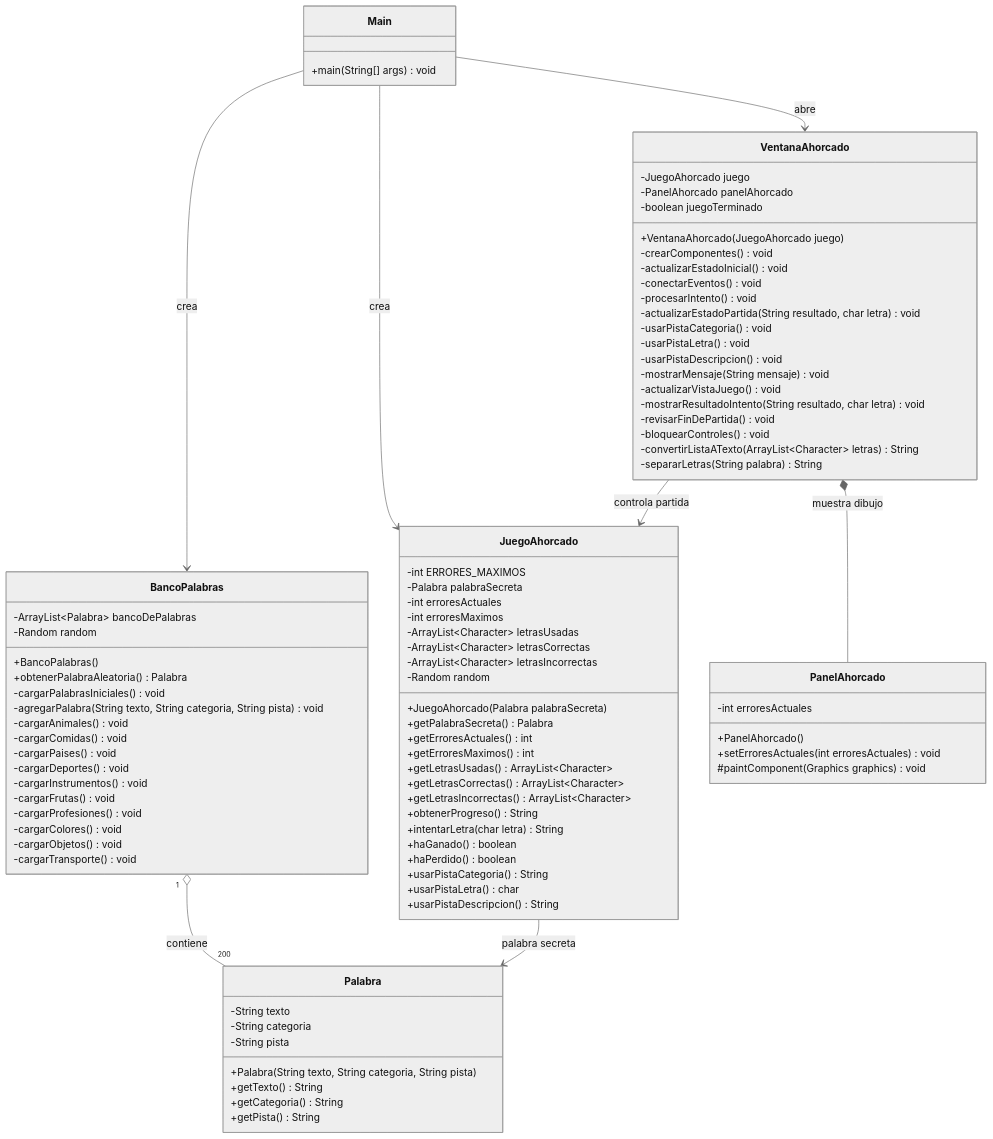
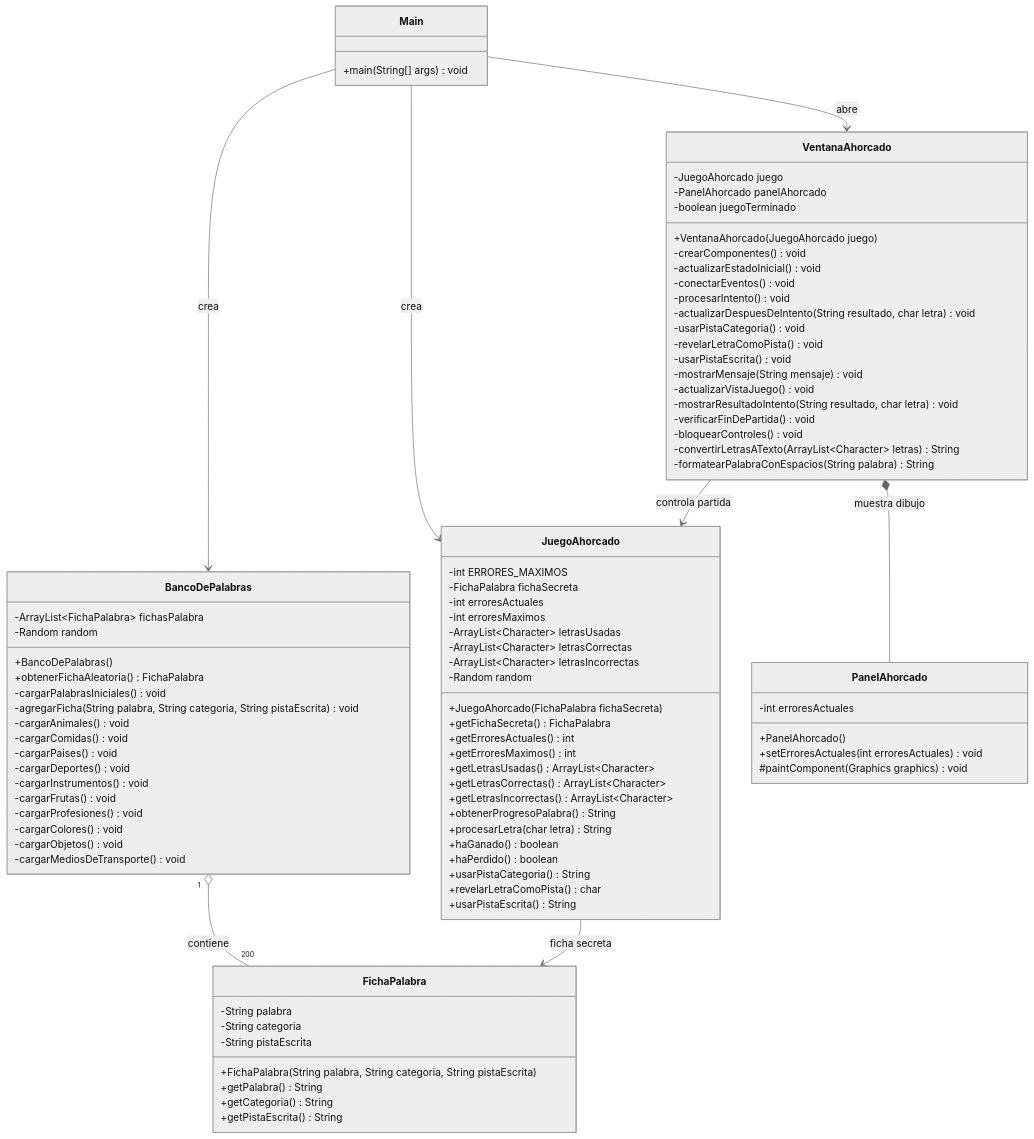
One commit to Edwd3v/AhorcadoJavaSwing changed the diagram in docs/DiagramaClasesRaw.mmd. Above: the diagram before and after it, drawn with Mermaid (neutral theme). The commit also changed 12 other files, not shown here.

```diff
--- a/docs/DiagramaClasesRaw.mmd
+++ b/docs/DiagramaClasesRaw.mmd
@@ -1,95 +1,95 @@
 classDiagram
     class Main {
         +main(String[] args) void
     }
 
-    class Palabra {
-        -String texto
+    class FichaPalabra {
+        -String palabra
         -String categoria
-        -String pista
-        +Palabra(String texto, String categoria, String pista)
-        +getTexto() String
+        -String pistaEscrita
+        +FichaPalabra(String palabra, String categoria, String pistaEscrita)
+        +getPalabra() String
         +getCategoria() String
-        +getPista() String
+        +getPistaEscrita() String
     }
 
-    class BancoPalabras {
-        -ArrayList~Palabra~ bancoDePalabras
+    class BancoDePalabras {
+        -ArrayList~FichaPalabra~ fichasPalabra
         -Random random
-        +BancoPalabras()
-        +obtenerPalabraAleatoria() Palabra
+        +BancoDePalabras()
+        +obtenerFichaAleatoria() FichaPalabra
         -cargarPalabrasIniciales() void
-        -agregarPalabra(String texto, String categoria, String pista) void
+        -agregarFicha(String palabra, String categoria, String pistaEscrita) void
         -cargarAnimales() void
         -cargarComidas() void
         -cargarPaises() void
         -cargarDeportes() void
         -cargarInstrumentos() void
         -cargarFrutas() void
         -cargarProfesiones() void
         -cargarColores() void
         -cargarObjetos() void
-        -cargarTransporte() void
+        -cargarMediosDeTransporte() void
     }
 
     class JuegoAhorcado {
         -int ERRORES_MAXIMOS
-        -Palabra palabraSecreta
+        -FichaPalabra fichaSecreta
         -int erroresActuales
         -int erroresMaximos
         -ArrayList~Character~ letrasUsadas
         -ArrayList~Character~ letrasCorrectas
         -ArrayList~Character~ letrasIncorrectas
         -Random random
-        +JuegoAhorcado(Palabra palabraSecreta)
-        +getPalabraSecreta() Palabra
+        +JuegoAhorcado(FichaPalabra fichaSecreta)
+        +getFichaSecreta() FichaPalabra
         +getErroresActuales() int
         +getErroresMaximos() int
         +getLetrasUsadas() ArrayList~Character~
         +getLetrasCorrectas() ArrayList~Character~
         +getLetrasIncorrectas() ArrayList~Character~
-        +obtenerProgreso() String
-        +intentarLetra(char letra) String
+        +obtenerProgresoPalabra() String
+        +procesarLetra(char letra) String
         +haGanado() boolean
         +haPerdido() boolean
         +usarPistaCategoria() String
-        +usarPistaLetra() char
-        +usarPistaDescripcion() String
+        +revelarLetraComoPista() char
+        +usarPistaEscrita() String
     }
 
     class VentanaAhorcado {
         -JuegoAhorcado juego
         -PanelAhorcado panelAhorcado
         -boolean juegoTerminado
         +VentanaAhorcado(JuegoAhorcado juego)
         -crearComponentes() void
         -actualizarEstadoInicial() void
         -conectarEventos() void
         -procesarIntento() void
-        -actualizarEstadoPartida(String resultado, char letra) void
+        -actualizarDespuesDeIntento(String resultado, char letra) void
         -usarPistaCategoria() void
-        -usarPistaLetra() void
-        -usarPistaDescripcion() void
+        -revelarLetraComoPista() void
+        -usarPistaEscrita() void
         -mostrarMensaje(String mensaje) void
         -actualizarVistaJuego() void
         -mostrarResultadoIntento(String resultado, char letra) void
-        -revisarFinDePartida() void
+        -verificarFinDePartida() void
         -bloquearControles() void
-        -convertirListaATexto(ArrayList~Character~ letras) String
-        -separarLetras(String palabra) String
+        -convertirLetrasATexto(ArrayList~Character~ letras) String
+        -formatearPalabraConEspacios(String palabra) String
     }
 
     class PanelAhorcado {
         -int erroresActuales
         +PanelAhorcado()
         +setErroresActuales(int erroresActuales) void
         #paintComponent(Graphics graphics) void
     }
 
-    Main --> BancoPalabras : crea
+    Main --> BancoDePalabras : crea
     Main --> JuegoAhorcado : crea
     Main --> VentanaAhorcado : abre
-    BancoPalabras "1" o-- "200" Palabra : contiene
-    JuegoAhorcado --> Palabra : palabra secreta
+    BancoDePalabras "1" o-- "200" FichaPalabra : contiene
+    JuegoAhorcado --> FichaPalabra : ficha secreta
     VentanaAhorcado --> JuegoAhorcado : controla partida
     VentanaAhorcado *-- PanelAhorcado : muestra dibujo
```
